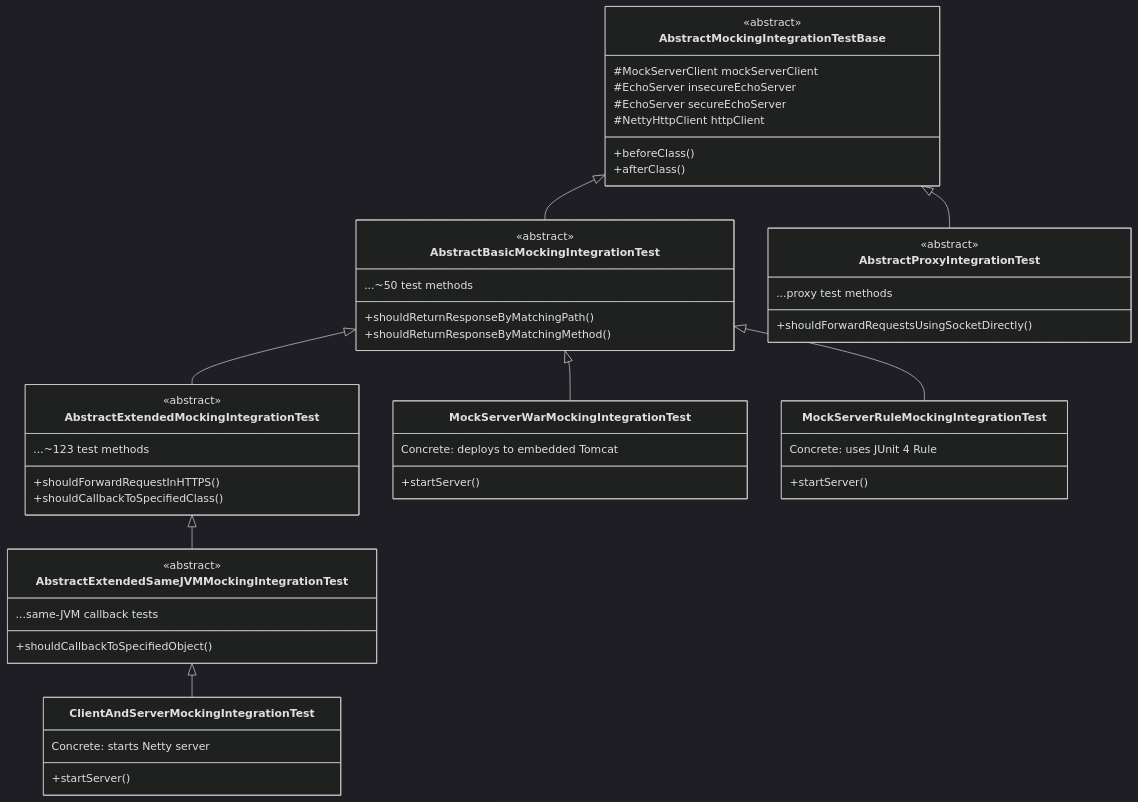
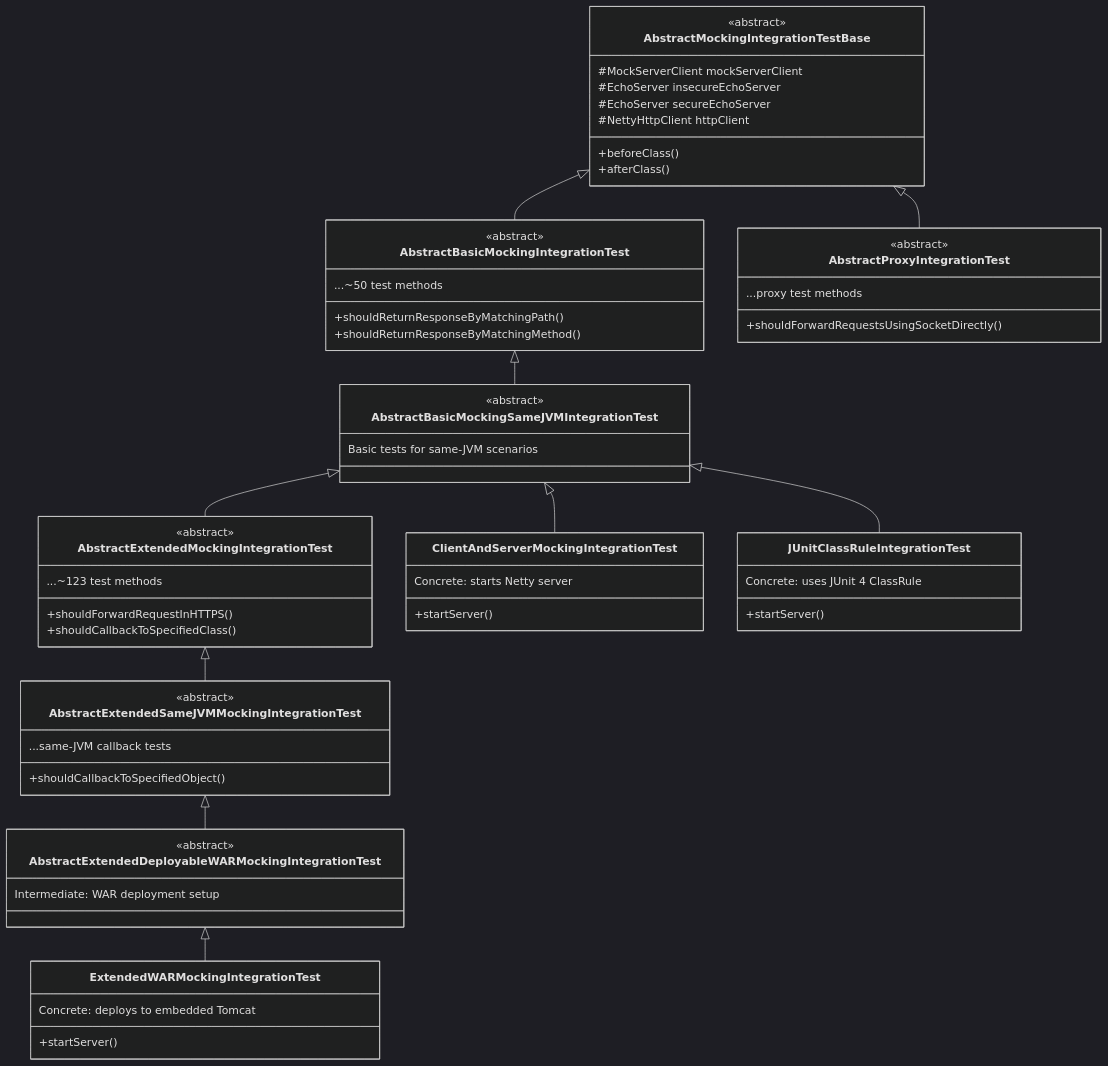
One commit to mock-server/mockserver changed the second of 3 diagrams in docs/testing.md. Above: the diagram before and after it, drawn with Mermaid (dark theme). The commit also changed other lines of this file and 31 other files, not shown here.

````diff
--- a/docs/testing.md
+++ b/docs/testing.md
@@ -76,60 +76,71 @@
 ```mermaid
 classDiagram
     class AbstractMockingIntegrationTestBase {
         <<abstract>>
         #MockServerClient mockServerClient
         #EchoServer insecureEchoServer
         #EchoServer secureEchoServer
         #NettyHttpClient httpClient
         +beforeClass()
         +afterClass()
     }
 
     class AbstractBasicMockingIntegrationTest {
         <<abstract>>
         +shouldReturnResponseByMatchingPath()
         +shouldReturnResponseByMatchingMethod()
         ...~50 test methods
     }
 
     class AbstractExtendedMockingIntegrationTest {
         <<abstract>>
         +shouldForwardRequestInHTTPS()
         +shouldCallbackToSpecifiedClass()
         ...~123 test methods
     }
 
     class AbstractExtendedSameJVMMockingIntegrationTest {
         <<abstract>>
         +shouldCallbackToSpecifiedObject()
         ...same-JVM callback tests
     }
 
     class AbstractProxyIntegrationTest {
         <<abstract>>
         +shouldForwardRequestsUsingSocketDirectly()
         ...proxy test methods
     }
 
     AbstractMockingIntegrationTestBase <|-- AbstractBasicMockingIntegrationTest
-    AbstractBasicMockingIntegrationTest <|-- AbstractExtendedMockingIntegrationTest
+    AbstractBasicMockingIntegrationTest <|-- AbstractBasicMockingSameJVMIntegrationTest
+    AbstractBasicMockingSameJVMIntegrationTest <|-- AbstractExtendedMockingIntegrationTest
     AbstractExtendedMockingIntegrationTest <|-- AbstractExtendedSameJVMMockingIntegrationTest
     AbstractMockingIntegrationTestBase <|-- AbstractProxyIntegrationTest
+
+    class AbstractBasicMockingSameJVMIntegrationTest {
+        <<abstract>>
+        Basic tests for same-JVM scenarios
+    }
 
     class ClientAndServerMockingIntegrationTest {
         +startServer()
         Concrete: starts Netty server
     }
-    class MockServerWarMockingIntegrationTest {
+    class AbstractExtendedDeployableWARMockingIntegrationTest {
+        <<abstract>>
+        Intermediate: WAR deployment setup
+    }
+    class ExtendedWARMockingIntegrationTest {
         +startServer()
         Concrete: deploys to embedded Tomcat
     }
-    class MockServerRuleMockingIntegrationTest {
+    class JUnitClassRuleIntegrationTest {
         +startServer()
-        Concrete: uses JUnit 4 Rule
+        Concrete: uses JUnit 4 ClassRule
     }
 
-    AbstractExtendedSameJVMMockingIntegrationTest <|-- ClientAndServerMockingIntegrationTest
-    AbstractBasicMockingIntegrationTest <|-- MockServerWarMockingIntegrationTest
-    AbstractBasicMockingIntegrationTest <|-- MockServerRuleMockingIntegrationTest
+    AbstractBasicMockingSameJVMIntegrationTest <|-- ClientAndServerMockingIntegrationTest
+    AbstractExtendedSameJVMMockingIntegrationTest <|-- AbstractExtendedDeployableWARMockingIntegrationTest
+    AbstractExtendedDeployableWARMockingIntegrationTest <|-- ExtendedWARMockingIntegrationTest
+    AbstractBasicMockingSameJVMIntegrationTest <|-- JUnitClassRuleIntegrationTest
 ```
````
